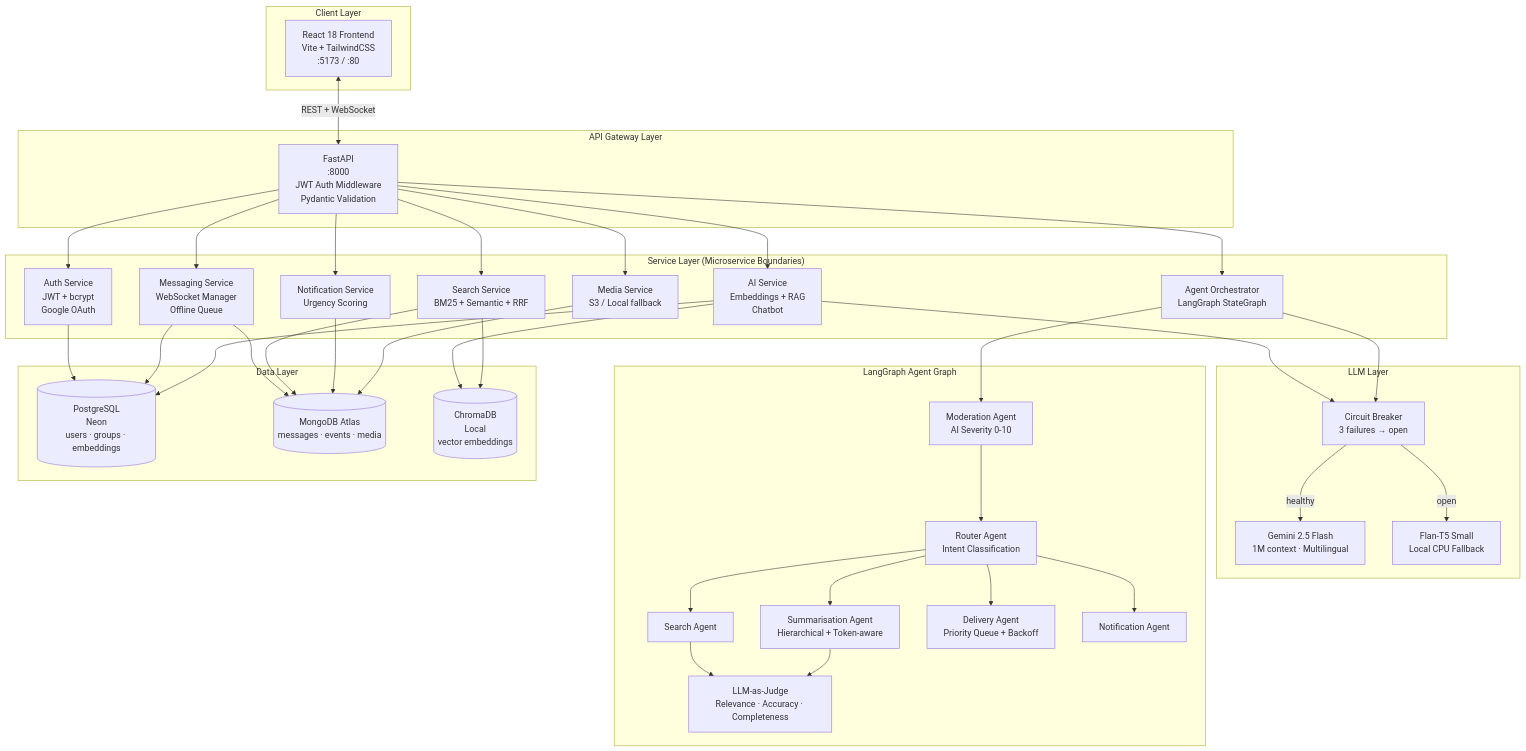
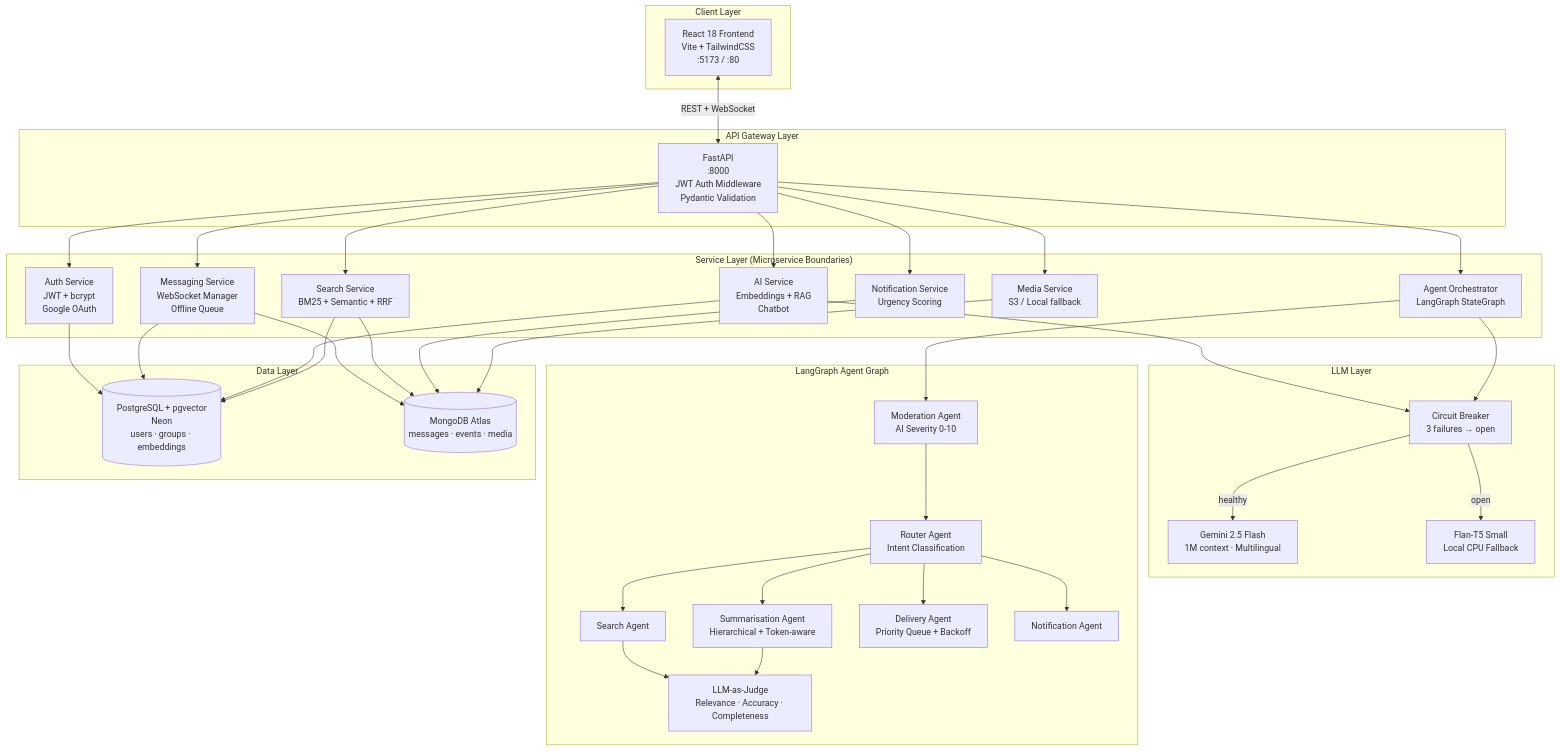
The first of 2 diagrams in docs/architecture/system-architecture.md (keerthanajothiramesh/AI-Powered-Messaging-Platform), drawn with Mermaid before and after one commit. The commit also changed other lines of this file and 10 other files, not shown here.

First line of the commit message:
fix: replace all ChromaDB references with pgvector across codebase and docs

````diff
--- a/docs/architecture/system-architecture.md
+++ b/docs/architecture/system-architecture.md
@@ -11,67 +11,66 @@
 ```mermaid
 graph TD
     subgraph Client["Client Layer"]
         UI[React 18 Frontend<br/>Vite + TailwindCSS<br/>:5173 / :80]
     end
 
     subgraph Gateway["API Gateway Layer"]
         API[FastAPI<br/>:8000<br/>JWT Auth Middleware<br/>Pydantic Validation]
     end
 
     subgraph Services["Service Layer (Microservice Boundaries)"]
         AuthSvc[Auth Service<br/>JWT + bcrypt<br/>Google OAuth]
         MsgSvc[Messaging Service<br/>WebSocket Manager<br/>Offline Queue]
         AISvc[AI Service<br/>Embeddings + RAG<br/>Chatbot]
         SearchSvc[Search Service<br/>BM25 + Semantic + RRF]
         AgentSvc[Agent Orchestrator<br/>LangGraph StateGraph]
         MediaSvc[Media Service<br/>S3 / Local fallback]
         NotifSvc[Notification Service<br/>Urgency Scoring]
     end
 
     subgraph LLMLayer["LLM Layer"]
         CB[Circuit Breaker<br/>3 failures → open]
         Gemini[Gemini 2.5 Flash<br/>1M context · Multilingual]
         FlanT5[Flan-T5 Small<br/>Local CPU Fallback]
     end
 
     subgraph AgentGraph["LangGraph Agent Graph"]
         Mod[Moderation Agent<br/>AI Severity 0-10]
         Router[Router Agent<br/>Intent Classification]
         SearchA[Search Agent]
         SummA[Summarisation Agent<br/>Hierarchical + Token-aware]
         DelivA[Delivery Agent<br/>Priority Queue + Backoff]
         NotifA[Notification Agent]
         Judge[LLM-as-Judge<br/>Relevance · Accuracy · Completeness]
     end
 
     subgraph DataLayer["Data Layer"]
-        PG[(PostgreSQL<br/>Neon<br/>users · groups · embeddings)]
+        PG[(PostgreSQL + pgvector<br/>Neon<br/>users · groups · embeddings)]
         Mongo[(MongoDB Atlas<br/>messages · events · media)]
-        Chroma[(ChromaDB<br/>Local<br/>vector embeddings)]
     end
 
     UI <-->|REST + WebSocket| API
     API --> AuthSvc
     API --> MsgSvc
     API --> AISvc
     API --> SearchSvc
     API --> AgentSvc
     API --> MediaSvc
     API --> NotifSvc
 
     AgentSvc --> Mod --> Router
     Router --> SearchA & SummA & DelivA & NotifA
     SearchA & SummA --> Judge
 
     AISvc --> CB
     AgentSvc --> CB
     CB -->|healthy| Gemini
     CB -->|open| FlanT5
 
     AuthSvc --> PG
     MsgSvc --> Mongo & PG
-    AISvc --> Chroma & PG
-    SearchSvc --> Chroma & Mongo
+    AISvc --> PG
+    SearchSvc --> PG & Mongo
     NotifSvc --> Mongo
     MediaSvc --> Mongo
 ```
````
